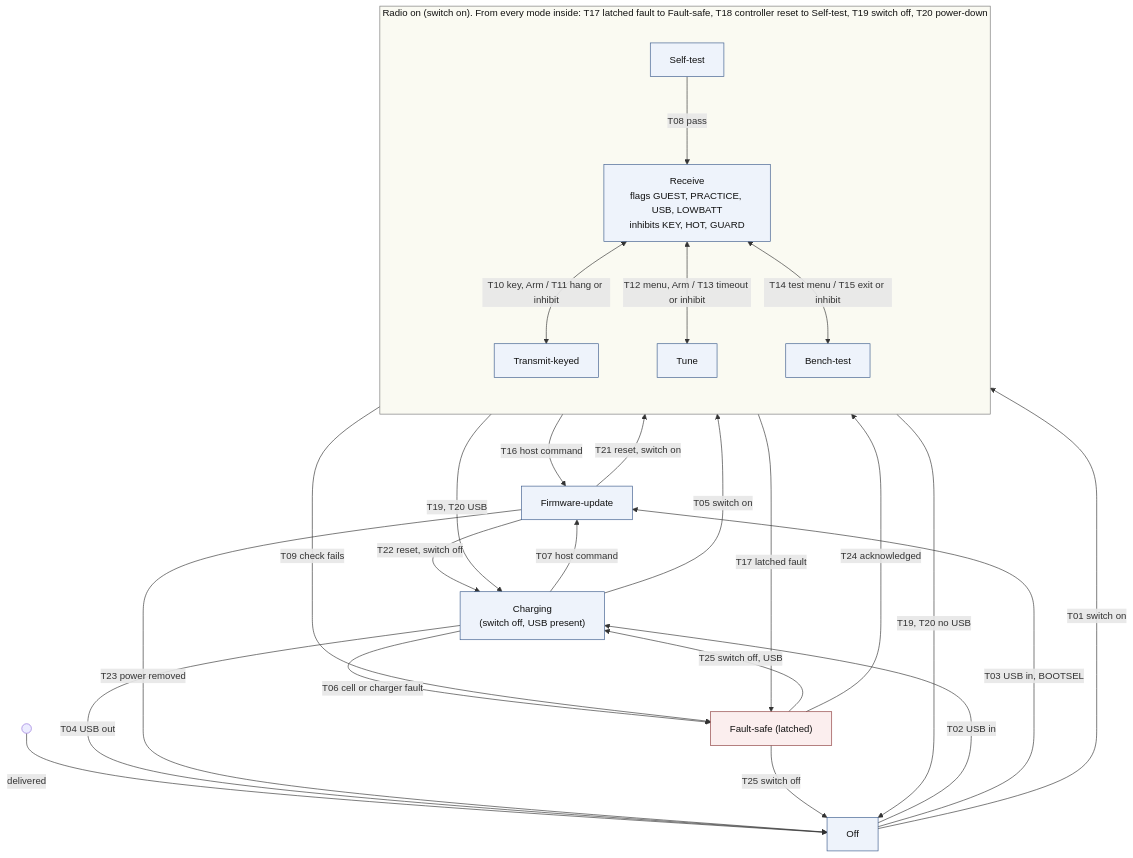
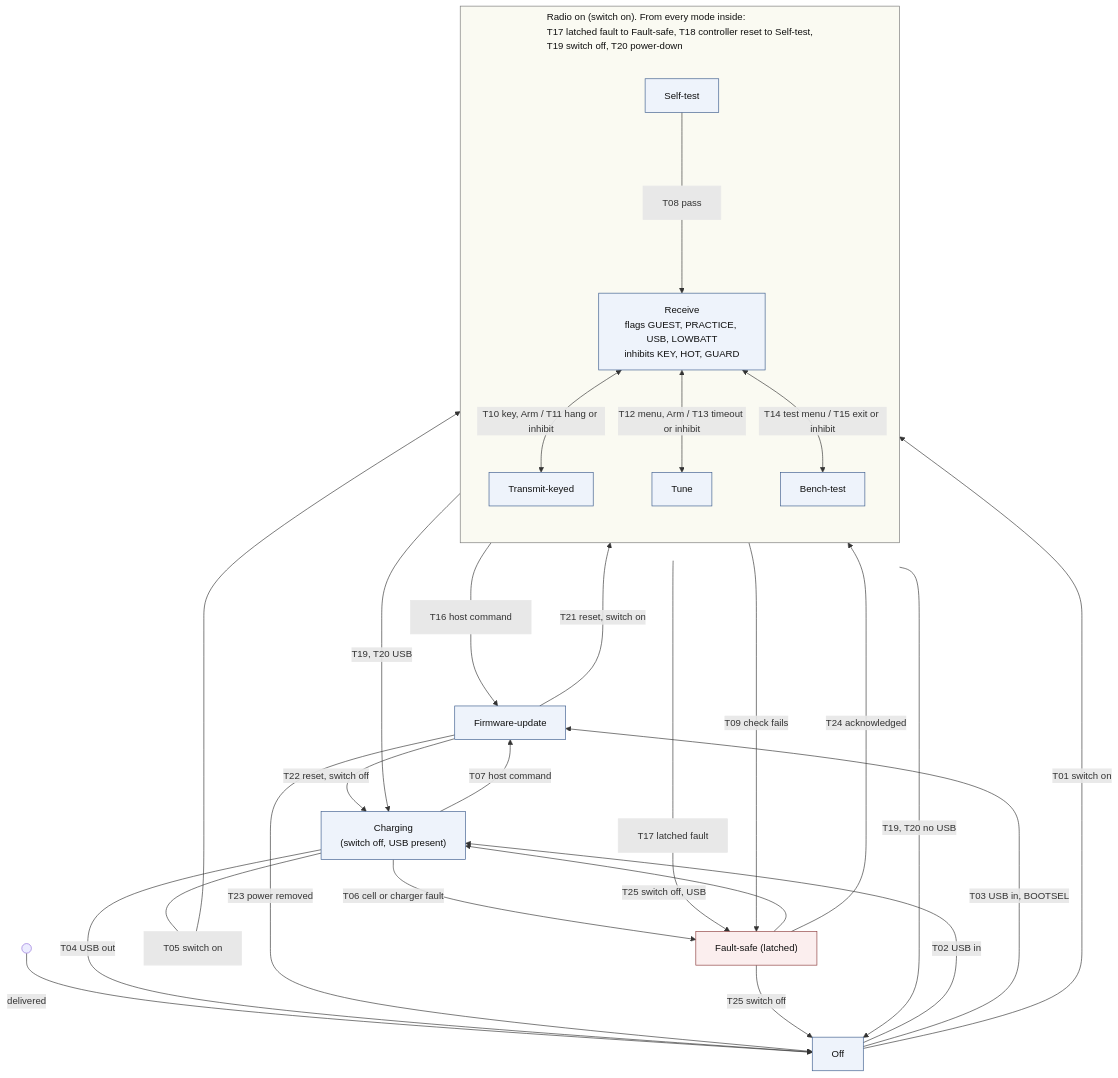
Before and after one commit to robinonsay/cwht: the diagram in docs/conops/figures/conops-modes.mmd, drawn with Mermaid. The commit also changed 9 other files, not shown here.

```diff
--- a/docs/conops/figures/conops-modes.mmd
+++ b/docs/conops/figures/conops-modes.mmd
@@ -1,45 +1,52 @@
-%%{init: {"flowchart": {"nodeSpacing": 70, "rankSpacing": 90, "curve": "basis"}, "themeVariables": {"fontSize": "15px"}}}%%
+%%{init: {"flowchart": {"nodeSpacing": 70, "rankSpacing": 90, "curve": "basis", "subGraphTitleMargin": {"top": 6, "bottom": 50}}, "themeVariables": {"fontSize": "15px"}}}%%
 %% cwht ConOps section 3.4, Figure 3.4-1: operating modes and transitions (Table 3.4-2 defines T01 to T25).
-%% Source of conops-modes.png; render: mmdc -i conops-modes.mmd -o conops-modes.png -b white -s 2
+%% Source of conops-modes.png; render (headless, mermaid-cli 11.12.0 at /opt/homebrew/bin/mmdc):
+%%   mmdc -i conops-modes.mmd -o conops-modes.png -b white -w 1600 -s 2
 %% Edges that start on the "Radio on" box apply to every mode inside it.
+%% T05L, T08L, T16L and T17L are not modes: they are the labels of T05, T08, T16 and T17 drawn as
+%% inline label boxes (class elabel) on their own edge, because the renderer otherwise places those
+%% labels away from their edges (SRR package section 15 item 16). Each reads as one labelled edge.
+%% The Radio-on title is set on three lines with subGraphTitleMargin so that no edge crosses it.
 flowchart TB
     START(( )) -->|delivered| OFF
     OFF["Off"]
     CHG["Charging<br/>(switch off, USB present)"]
     FS["Fault-safe (latched)"]
     FWU["Firmware-update"]
-    subgraph ON["Radio on (switch on). From every mode inside: T17 latched fault to Fault-safe, T18 controller reset to Self-test, T19 switch off, T20 power-down"]
+    subgraph ON["Radio on (switch on). From every mode inside:<br/>T17 latched fault to Fault-safe, T18 controller reset to Self-test,<br/>T19 switch off, T20 power-down"]
         direction TB
         ST["Self-test"]
         RX["Receive<br/>flags GUEST, PRACTICE, USB, LOWBATT<br/>inhibits KEY, HOT, GUARD"]
         TX["Transmit-keyed"]
         TU["Tune"]
         BT["Bench-test"]
-        ST -->|T08 pass| RX
+        ST --- T08L["T08 pass"] --> RX
         RX <-->|"T10 key, Arm / T11 hang or inhibit"| TX
         RX <-->|"T12 menu, Arm / T13 timeout or inhibit"| TU
         RX <-->|"T14 test menu / T15 exit or inhibit"| BT
     end
     OFF -->|T02 USB in| CHG
     CHG -->|T04 USB out| OFF
     OFF -->|T01 switch on| ST
-    CHG -->|T05 switch on| ST
+    CHG --- T05L["T05 switch on"] --> ST
     OFF -->|T03 USB in, BOOTSEL| FWU
     CHG -->|T07 host command| FWU
-    RX -->|T16 host command| FWU
+    RX --- T16L["T16 host command"] --> FWU
+    FWU -->|T22 reset, switch off| CHG
     FWU -->|T21 reset, switch on| ST
-    FWU -->|T22 reset, switch off| CHG
     FWU -->|T23 power removed| OFF
     ST -->|T09 check fails| FS
     CHG -->|T06 cell or charger fault| FS
-    ON -->|T17 latched fault| FS
+    ON --- T17L["T17 latched fault"] --> FS
     ON -->|T19, T20 no USB| OFF
     ON -->|T19, T20 USB| CHG
     FS -->|T24 acknowledged| ST
     FS -->|T25 switch off| OFF
     FS -->|T25 switch off, USB| CHG
     classDef mode fill:#eef3fb,stroke:#3b5b8c,color:#111;
     classDef latched fill:#fbeeee,stroke:#8c3b3b,color:#111;
     class OFF,CHG,FWU,ST,RX,TX,TU,BT mode;
     class FS latched;
+    classDef elabel fill:#e8e8e8,stroke:#e8e8e8,color:#333;
+    class T05L,T08L,T16L,T17L elabel;
     style ON fill:#fafaf2,stroke:#777,color:#111;
```
